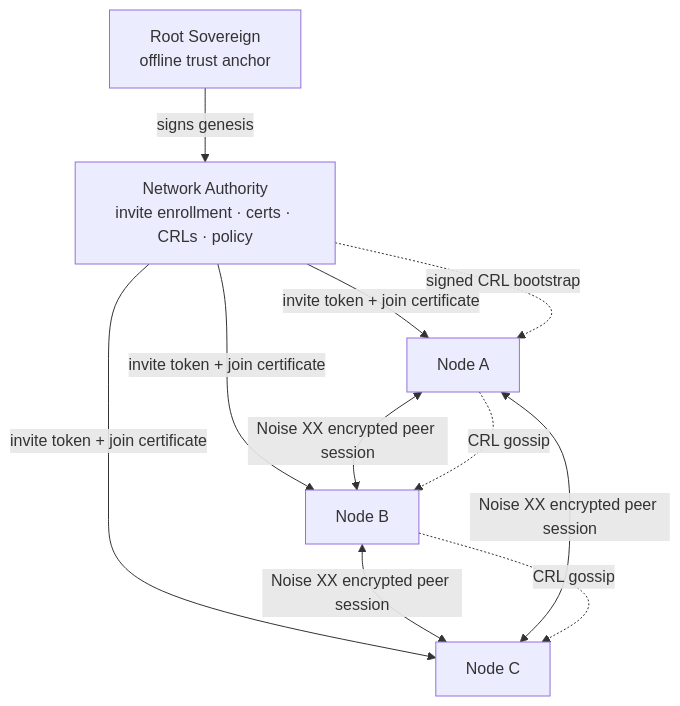
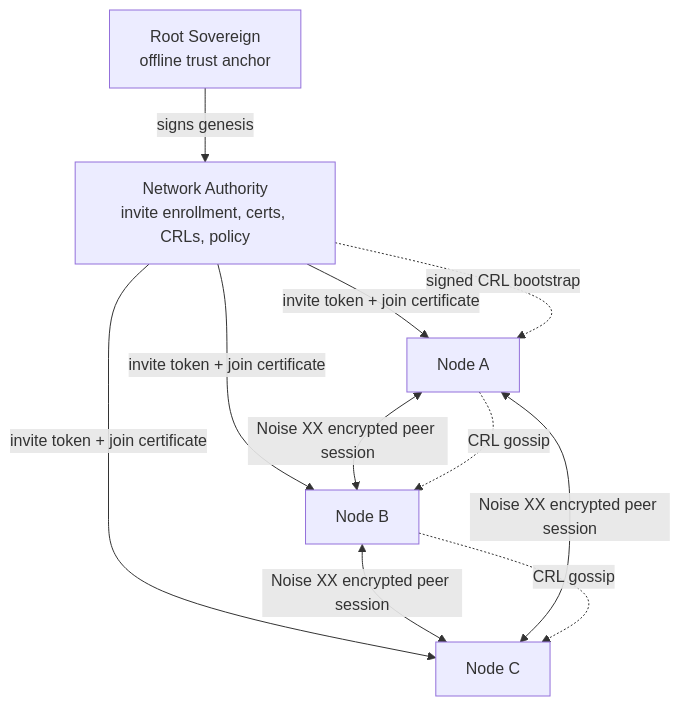
One commit to GenesisMeshLabs/genesismesh changed the diagram in README.md. Above: the diagram before and after it, drawn with Mermaid. The commit also changed other lines of this file, not shown here.

````diff
--- a/README.md
+++ b/README.md
@@ -14,21 +14,21 @@
 ```mermaid
 flowchart TD
     RS["Root Sovereign<br/>offline trust anchor"]
-    NA["Network Authority<br/>invite enrollment · certs · CRLs · policy"]
+    NA["Network Authority<br/>invite enrollment, certs, CRLs, policy"]
     A["Node A"]
     B["Node B"]
     C["Node C"]
 
     RS -->|"signs genesis"| NA
     NA -->|"invite token + join certificate"| A
     NA -->|"invite token + join certificate"| B
     NA -->|"invite token + join certificate"| C
 
     A <-->|"Noise XX encrypted peer session"| B
     B <-->|"Noise XX encrypted peer session"| C
     A <-->|"Noise XX encrypted peer session"| C
 
     NA -.->|"signed CRL bootstrap"| A
     A -.->|"CRL gossip"| B
     B -.->|"CRL gossip"| C
 ```
````
